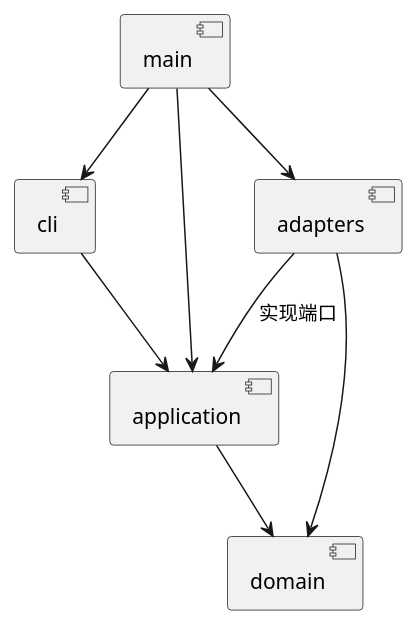
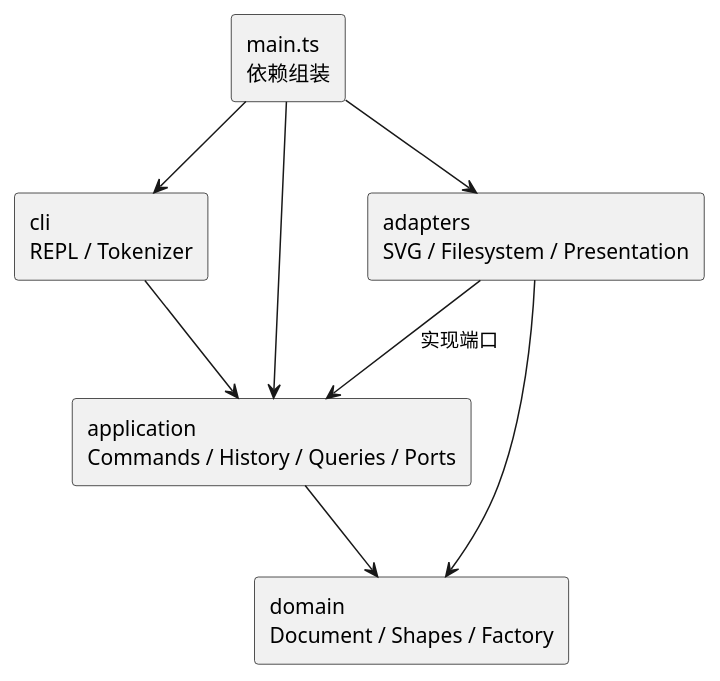
The diagram in doc/README.md (0039kk/SVG_PJ), drawn with PlantUML before and after one commit. The commit also changed other lines of this file and 5 other files, not shown here.

Commit message:
docs: document architecture decisions validation and development process

````diff
--- a/doc/README.md
+++ b/doc/README.md
@@ -7,16 +41,17 @@
 ```plantuml
 @startuml
-component main
-component cli
-component application
-component domain
-component adapters
-main --> cli
-main --> application
-main --> adapters
-cli --> application
-application --> domain
-adapters --> application : 实现端口
-adapters --> domain
+skinparam componentStyle rectangle
+component "main.ts\n依赖组装" as Main
+component "cli\nREPL / Tokenizer" as CLI
+component "application\nCommands / History / Queries / Ports" as App
+component "domain\nDocument / Shapes / Factory" as Domain
+component "adapters\nSVG / Filesystem / Presentation" as Adapters
+Main --> CLI
+Main --> App
+Main --> Adapters
+CLI --> App
+App --> Domain
+Adapters --> App : 实现端口
+Adapters --> Domain
 @enduml
 ```
````
